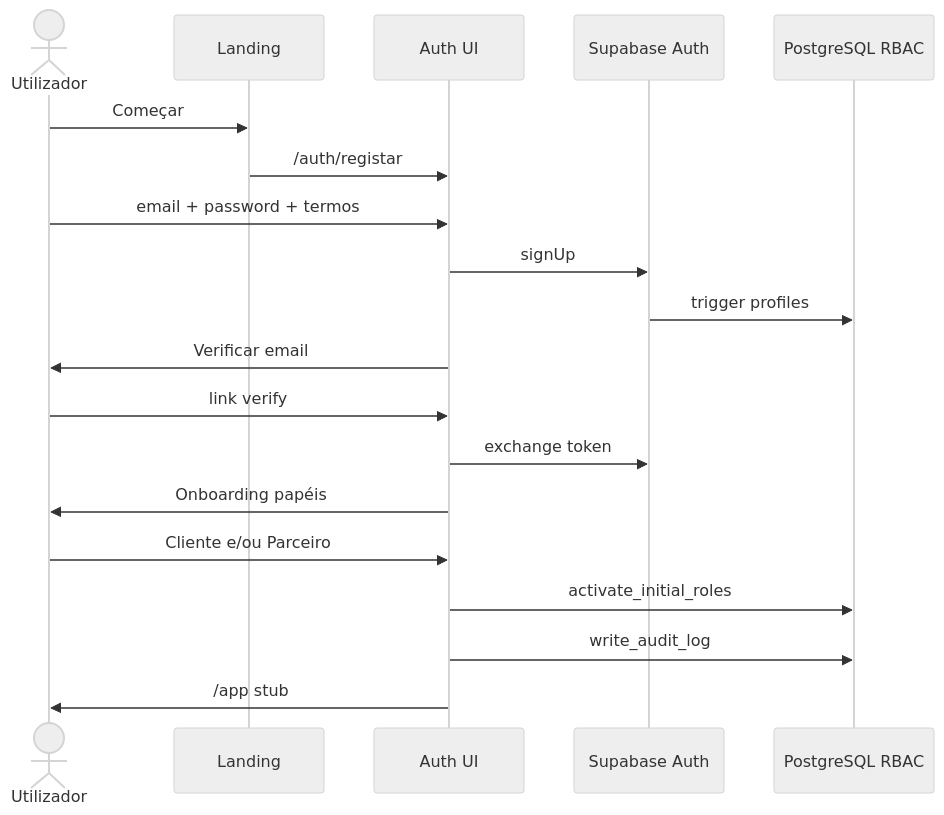
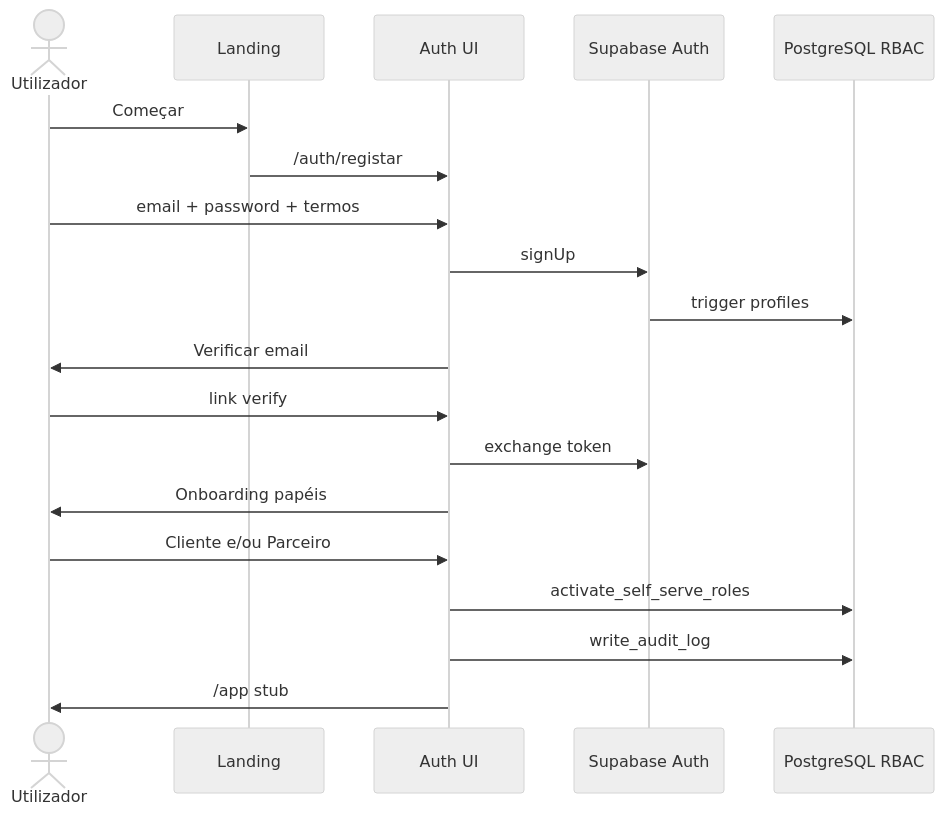
The second of 2 diagrams in docs/proposals/PRD_001_AUTHENTICATION_SPEC.md (EduardoZ121/Site_Angola), drawn with Mermaid (neutral theme) before and after one commit. The commit also changed other lines of this file and 3 other files, not shown here.

````diff
--- a/docs/proposals/PRD_001_AUTHENTICATION_SPEC.md
+++ b/docs/proposals/PRD_001_AUTHENTICATION_SPEC.md
@@ -1612,22 +1743,22 @@
 ```mermaid
 sequenceDiagram
   actor U as Utilizador
   participant L as Landing
   participant A as Auth UI
   participant S as Supabase Auth
   participant DB as PostgreSQL RBAC
 
   U->>L: Começar
   L->>A: /auth/registar
   U->>A: email + password + termos
   A->>S: signUp
   S->>DB: trigger profiles
   A->>U: Verificar email
   U->>A: link verify
   A->>S: exchange token
   A->>U: Onboarding papéis
   U->>A: Cliente e/ou Parceiro
-  A->>DB: activate_initial_roles
+  A->>DB: activate_self_serve_roles
   A->>DB: write_audit_log
   A->>U: /app stub
 ```
````
